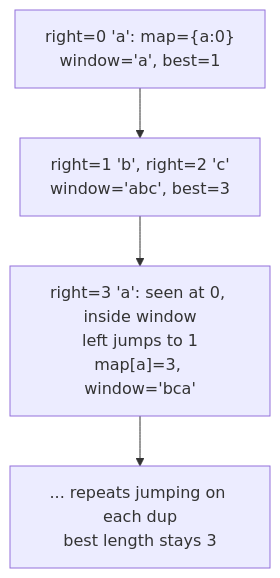
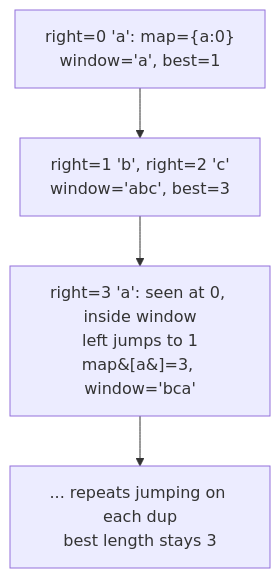
Before and after one commit to Aryan-Jadon18/dsa-placement-prep: the diagram in topics/03-sliding-window/02-longest-substring-without-repeating-characters/README.md, drawn with Mermaid. The commit also changed 52 other files, not shown here.

First line of the commit message:
Fix Mermaid diagrams not rendering on GitHub

````diff
--- a/topics/03-sliding-window/02-longest-substring-without-repeating-characters/README.md
+++ b/topics/03-sliding-window/02-longest-substring-without-repeating-characters/README.md
@@ -44,6 +44,6 @@
 ```mermaid
 flowchart TD
     A["right=0 'a': map={a:0}<br/>window='a', best=1"] --> B["right=1 'b', right=2 'c'<br/>window='abc', best=3"]
-    B --> C["right=3 'a': seen at 0, inside window<br/>left jumps to 1<br/>map[a]=3, window='bca'"]
+    B --> C["right=3 'a': seen at 0, inside window<br/>left jumps to 1<br/>map&#91;a&#93;=3, window='bca'"]
     C --> D["... repeats jumping on each dup<br/>best length stays 3"]
 ```
````
